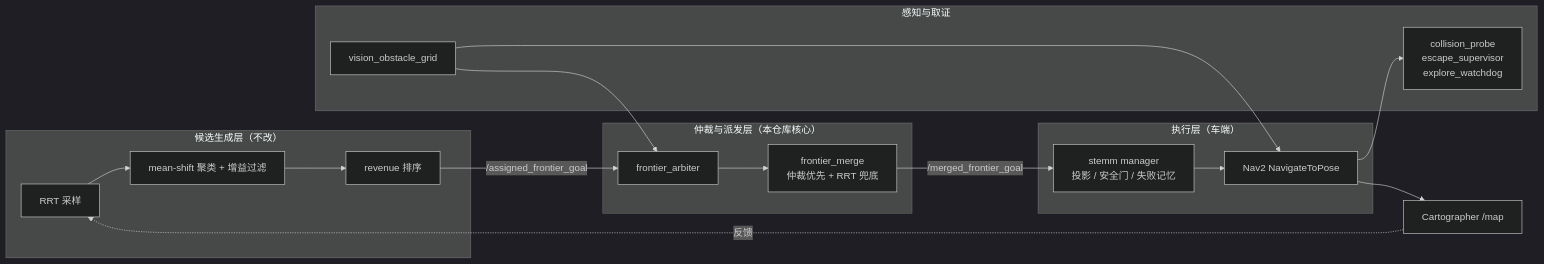
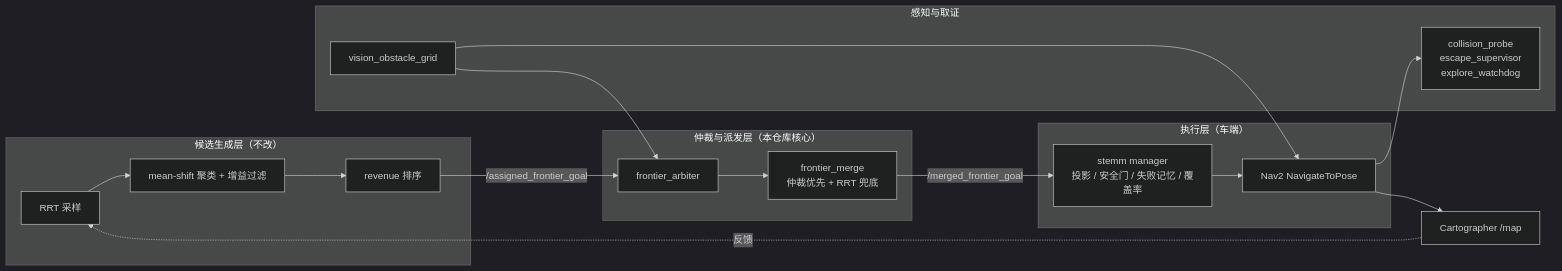
One commit to kkk1027/Exploration changed the diagram in README.md. Above: the diagram before and after it, drawn with Mermaid (dark theme). The commit also changed other lines of this file, not shown here.

````diff
--- a/README.md
+++ b/README.md
@@ -200,34 +218,34 @@
 ```mermaid
 flowchart LR
     subgraph GEN["候选生成层（不改）"]
         RRT["RRT 采样"]
         FIL["mean-shift 聚类 + 增益过滤"]
         ASN["revenue 排序"]
         RRT --> FIL --> ASN
     end
 
     subgraph ARB["仲裁与派发层（本仓库核心）"]
         ARB1["frontier_arbiter"]
         MRG["frontier_merge<br/>仲裁优先 + RRT 兜底"]
         ARB1 --> MRG
     end
 
     subgraph EXE["执行层（车端）"]
-        MGR["stemm manager<br/>投影 / 安全门 / 失败记忆"]
+        MGR["stemm manager<br/>投影 / 安全门 / 失败记忆 / 覆盖率"]
         NAV["Nav2 NavigateToPose"]
         MGR --> NAV
     end
 
     subgraph PER["感知与取证"]
         VIS["vision_obstacle_grid"]
         PROBE["collision_probe<br/>escape_supervisor<br/>explore_watchdog"]
     end
 
     ASN -->|"/assigned_frontier_goal"| ARB1
     MRG -->|"/merged_frontier_goal"| MGR
     NAV --> SLAM["Cartographer /map"]
     SLAM -.->|"反馈"| RRT
     VIS --> ARB1
     VIS --> NAV
     NAV --> PROBE
 ```
````
